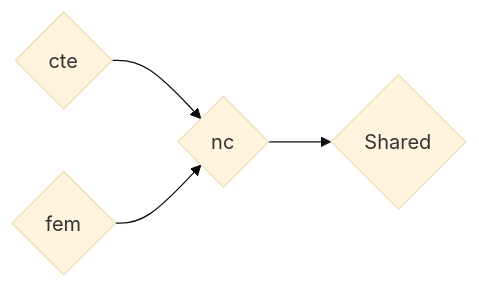
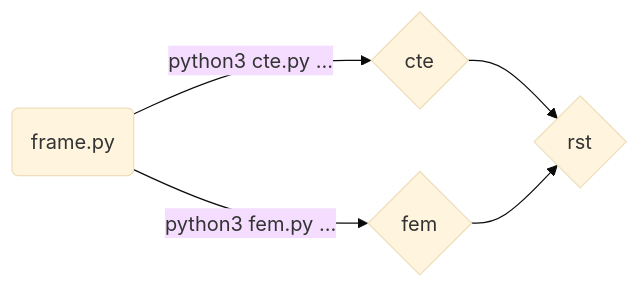
One commit to cchiw/Diderot-Dev-Examples changed the first of 3 diagrams in tool_DATm/readme.md. Above: the diagram before and after it, drawn with Mermaid (base theme). The commit also changed other lines of this file and 39 other files, not shown here.

````diff
--- a/tool_DATm/readme.md
+++ b/tool_DATm/readme.md
@@ -68,6 +68,7 @@
 ```mermaid
 graph LR
-C{cte} --> NC
-f{fem} -->NC{nc} 
-NC --> S{Shared}
+L(frame.py) -- python3 cte.py ... --> C{cte}
+L(frame.py)  -- python3 fem.py ... --> f{fem}
+C --> R{rst}
+f --> R{rst}
 ```
````
